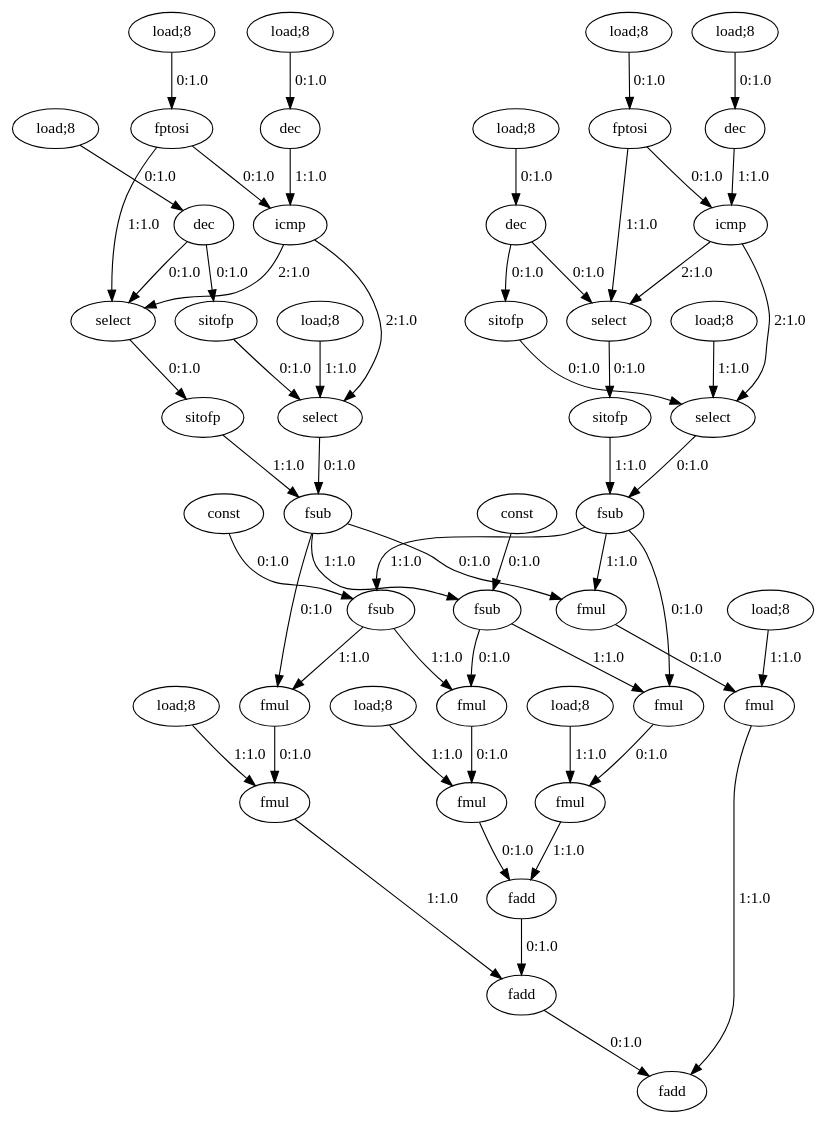
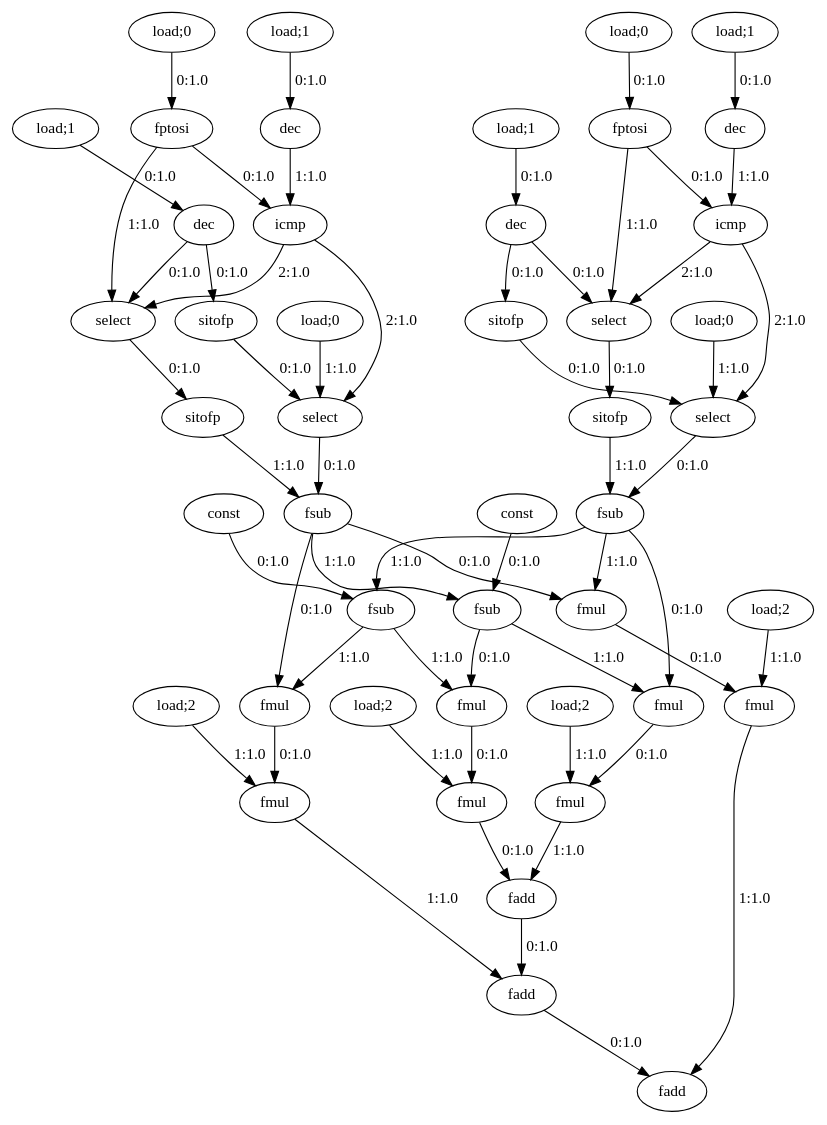
Before and after one commit to nikhilsambhus/DFGprop: the diagram in large_dfgs/norm_roialign_kl.dot, drawn with Graphviz. The commit also changed 16 other files, not shown here.

```diff
--- a/large_dfgs/norm_roialign_kl.dot
+++ b/large_dfgs/norm_roialign_kl.dot
@@ -1,104 +1,104 @@
 digraph  {
-   0 [label="load;8"];
+   0 [label="load;0"];
    1 [label="fptosi"];
-   2 [label="load;8"];
+   2 [label="load;0"];
    3 [label="fptosi"];
-   4 [label="load;8"];
+   4 [label="load;1"];
    5 [label="dec"];
    6 [label="icmp"];
-   7 [label="load;8"];
+   7 [label="load;1"];
    8 [label="dec"];
    9 [label="sitofp"];
    10 [label="select"];
-   11 [label="load;8"];
+   11 [label="load;0"];
    12 [label="select"];
-   13 [label="load;8"];
+   13 [label="load;1"];
    14 [label="dec"];
    15 [label="icmp"];
-   16 [label="load;8"];
+   16 [label="load;1"];
    17 [label="dec"];
    18 [label="sitofp"];
    19 [label="select"];
-   20 [label="load;8"];
+   20 [label="load;0"];
    21 [label="select"];
    22 [label="sitofp"];
    23 [label="fsub"];
    24 [label="sitofp"];
    25 [label="fsub"];
    26 [label="const"];
    27 [label="fsub"];
    28 [label="const"];
    29 [label="fsub"];
    30 [label="fmul"];
    31 [label="fmul"];
    32 [label="fmul"];
    33 [label="fmul"];
    34 [label="fmul"];
-   35 [label="load;8"];
+   35 [label="load;2"];
    36 [label="fmul"];
-   37 [label="load;8"];
+   37 [label="load;2"];
    38 [label="fadd"];
    39 [label="fmul"];
-   40 [label="load;8"];
+   40 [label="load;2"];
    41 [label="fadd"];
    42 [label="fmul"];
-   43 [label="load;8"];
+   43 [label="load;2"];
    44 [label="fadd"];
 
    0->1 [label="0:1.0"]
    2->3 [label="0:1.0"]
    4->5 [label="0:1.0"]
    1->6 [label="0:1.0"]
    5->6 [label="1:1.0"]
    7->8 [label="0:1.0"]
    8->9 [label="0:1.0"]
    9->10 [label="0:1.0"]
    11->10 [label="1:1.0"]
    6->10 [label="2:1.0"]
    8->12 [label="0:1.0"]
    1->12 [label="1:1.0"]
    6->12 [label="2:1.0"]
    13->14 [label="0:1.0"]
    3->15 [label="0:1.0"]
    14->15 [label="1:1.0"]
    16->17 [label="0:1.0"]
    17->18 [label="0:1.0"]
    18->19 [label="0:1.0"]
    20->19 [label="1:1.0"]
    15->19 [label="2:1.0"]
    17->21 [label="0:1.0"]
    3->21 [label="1:1.0"]
    15->21 [label="2:1.0"]
    12->22 [label="0:1.0"]
    10->23 [label="0:1.0"]
    22->23 [label="1:1.0"]
    21->24 [label="0:1.0"]
    19->25 [label="0:1.0"]
    24->25 [label="1:1.0"]
    26->27 [label="0:1.0"]
    28->29 [label="0:1.0"]
    25->30 [label="0:1.0"]
    23->31 [label="0:1.0"]
    23->32 [label="0:1.0"]
    25->32 [label="1:1.0"]
    33->34 [label="0:1.0"]
    35->34 [label="1:1.0"]
    30->36 [label="0:1.0"]
    37->36 [label="1:1.0"]
    34->38 [label="0:1.0"]
    36->38 [label="1:1.0"]
    31->39 [label="0:1.0"]
    40->39 [label="1:1.0"]
    38->41 [label="0:1.0"]
    39->41 [label="1:1.0"]
    32->42 [label="0:1.0"]
    43->42 [label="1:1.0"]
    41->44 [label="0:1.0"]
    42->44 [label="1:1.0"]
    23->27 [label="1:1.0"]
    27->33 [label="0:1.0"]
    27->30 [label="1:1.0"]
    25->29 [label="1:1.0"]
    29->33 [label="1:1.0"]
    29->31 [label="1:1.0"]
 }
```
